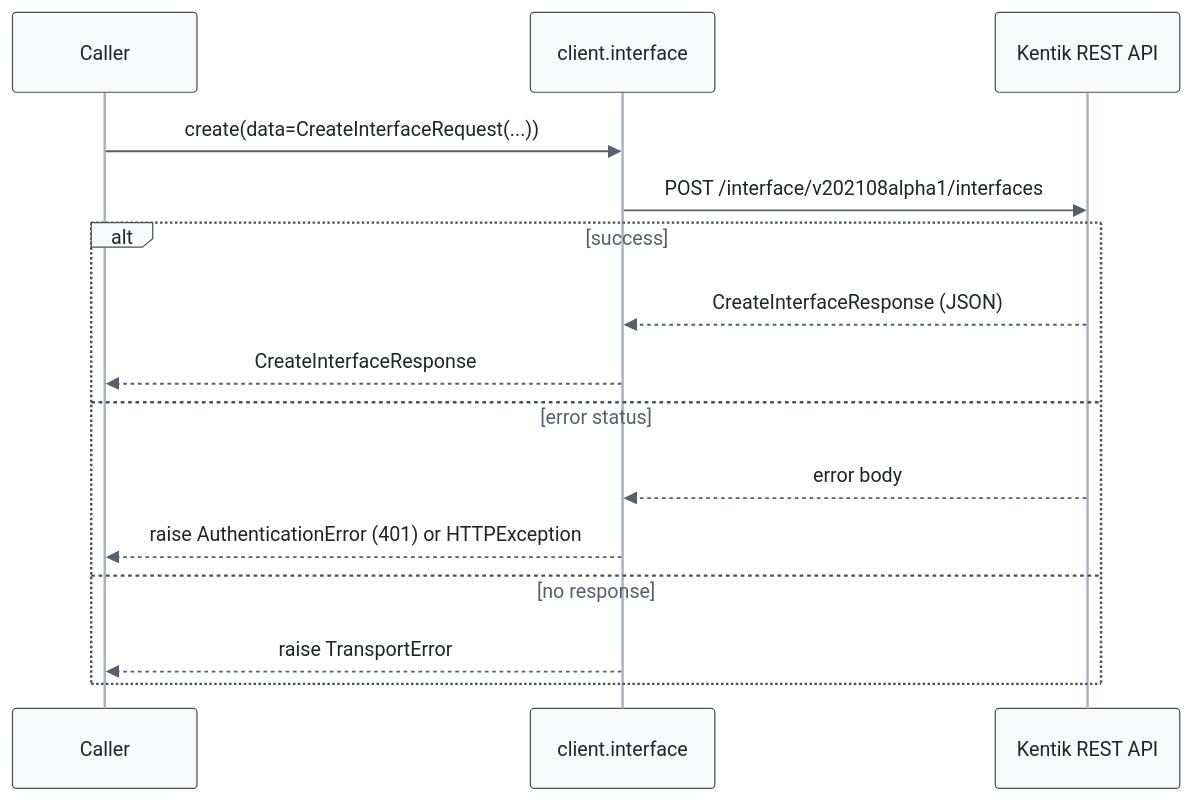
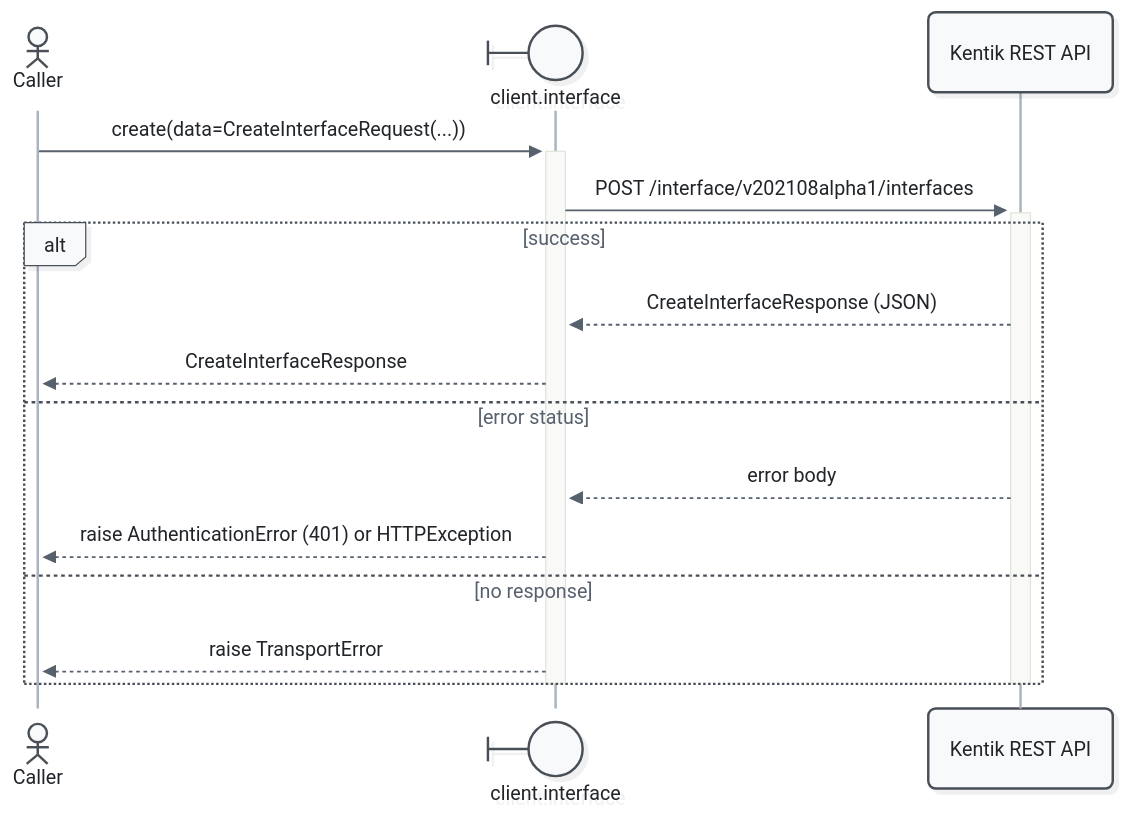
The third of 13 diagrams in docs/sphinx/services/interface.md (alexdearaujo/community_sdk_python), drawn with Mermaid before and after one commit. The commit also changed other lines of this file and 52 other files, not shown here.

First line of the commit message:
docs: Mermaid 12 sequence diagrams with participant types and path colors

````diff
--- a/docs/sphinx/services/interface.md
+++ b/docs/sphinx/services/interface.md
@@ -115,19 +120,21 @@
 ```mermaid
-%%{init: {"theme": "base", "fontFamily": "ui-monospace, SFMono-Regular, Menlo, monospace", "themeVariables": {"fontFamily": "ui-monospace, SFMono-Regular, Menlo, monospace", "primaryColor": "#f8f9fa", "primaryBorderColor": "#495057", "primaryTextColor": "#212529", "textColor": "#212529", "lineColor": "#77818c", "edgeLabelBackground": "#ffffff", "actorBkg": "#f8f9fa", "actorBorder": "#495057", "actorTextColor": "#212529", "actorLineColor": "#a9b3be", "signalColor": "#57616d", "signalTextColor": "#212529", "labelBoxBkgColor": "#f8f9fa", "labelBoxBorderColor": "#495057", "labelTextColor": "#212529", "loopTextColor": "#57616d", "noteBkgColor": "#fff9db", "noteBorderColor": "#f08c00", "noteTextColor": "#a35a00"}, "flowchart": {"curve": "step", "nodeSpacing": 30, "rankSpacing": 70, "wrappingWidth": 400}}}%%
+%%{init: {"theme": "redux", "look": "neo", "layout": "dagre", "fontFamily": "ui-monospace, SFMono-Regular, Menlo, monospace", "themeVariables": {"fontFamily": "ui-monospace, SFMono-Regular, Menlo, monospace", "primaryColor": "#f8f9fa", "primaryBorderColor": "#495057", "primaryTextColor": "#212529", "textColor": "#212529", "lineColor": "#77818c", "edgeLabelBackground": "#ffffff", "actorBkg": "#f8f9fa", "actorBorder": "#495057", "actorTextColor": "#212529", "actorLineColor": "#a9b3be", "signalColor": "#57616d", "signalTextColor": "#212529", "labelBoxBkgColor": "#f8f9fa", "labelBoxBorderColor": "#495057", "labelTextColor": "#212529", "loopTextColor": "#57616d", "noteBkgColor": "#fff9db", "noteBorderColor": "#f08c00", "noteTextColor": "#a35a00"}, "sequence": {"activationWidth": 16}, "flowchart": {"curve": "step", "nodeSpacing": 30, "rankSpacing": 70, "wrappingWidth": 400}}}%%
 sequenceDiagram
-    participant C as Caller
-    participant W as client.interface
+    actor C as Caller
+    participant W@{ "type": "boundary" } as client.interface
     participant API as Kentik REST API
 
-    C->>W: create(data=CreateInterfaceRequest(...))
-    W->>API: POST /interface/v202108alpha1/interfaces
+    C->>+W: create(data=CreateInterfaceRequest(...))
+    W->>+API: POST /interface/v202108alpha1/interfaces
     alt success
         API-->>W: CreateInterfaceResponse (JSON)
         W-->>C: CreateInterfaceResponse
     else error status
         API-->>W: error body
         W-->>C: raise AuthenticationError (401) or HTTPException
     else no response
         W-->>C: raise TransportError
     end
+    deactivate API
+    deactivate W
 ```
````
